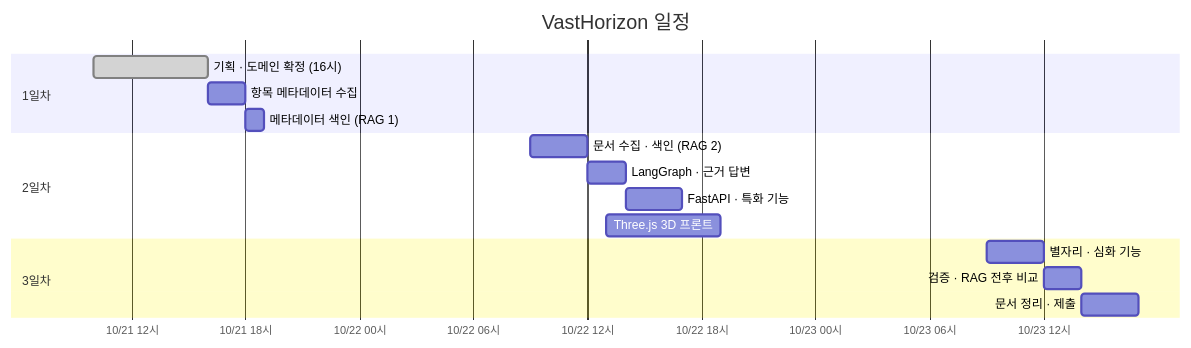
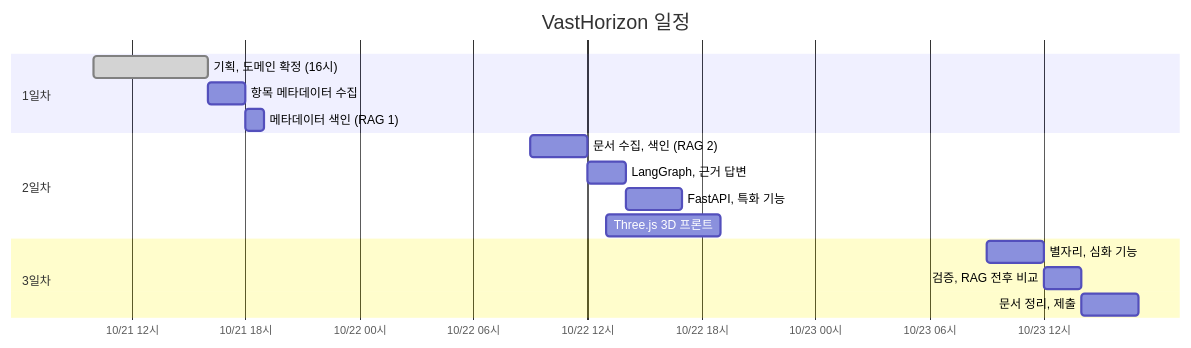
The seventh of 7 diagrams in docs/01_project_plan.md (bnbong/VastHorizon), drawn with Mermaid before and after one commit. The commit also changed other lines of this file and 30 other files, not shown here.

````diff
--- a/docs/01_project_plan.md
+++ b/docs/01_project_plan.md
@@ -560,22 +560,22 @@
 ```mermaid
 gantt
     title VastHorizon 일정
     dateFormat YYYY-MM-DD HH:mm
     axisFormat %m/%d %H시
 
     section 1일차
-    기획 · 도메인 확정 (16시)      :done, a1, 2026-10-21 10:00, 6h
+    기획, 도메인 확정 (16시)      :done, a1, 2026-10-21 10:00, 6h
     항목 메타데이터 수집          :a2, 2026-10-21 16:00, 2h
     메타데이터 색인 (RAG 1)       :a3, after a2, 1h
 
     section 2일차
-    문서 수집 · 색인 (RAG 2)      :b1, 2026-10-22 09:00, 3h
-    LangGraph · 근거 답변         :b2, after b1, 2h
-    FastAPI · 특화 기능           :b3, after b2, 3h
+    문서 수집, 색인 (RAG 2)      :b1, 2026-10-22 09:00, 3h
+    LangGraph, 근거 답변         :b2, after b1, 2h
+    FastAPI, 특화 기능           :b3, after b2, 3h
     Three.js 3D 프론트            :b4, 2026-10-22 13:00, 6h
 
     section 3일차
-    별자리 · 심화 기능            :c1, 2026-10-23 09:00, 3h
-    검증 · RAG 전후 비교          :c2, after c1, 2h
-    문서 정리 · 제출              :c3, after c2, 3h
+    별자리, 심화 기능            :c1, 2026-10-23 09:00, 3h
+    검증, RAG 전후 비교          :c2, after c1, 2h
+    문서 정리, 제출              :c3, after c2, 3h
 ```
````
